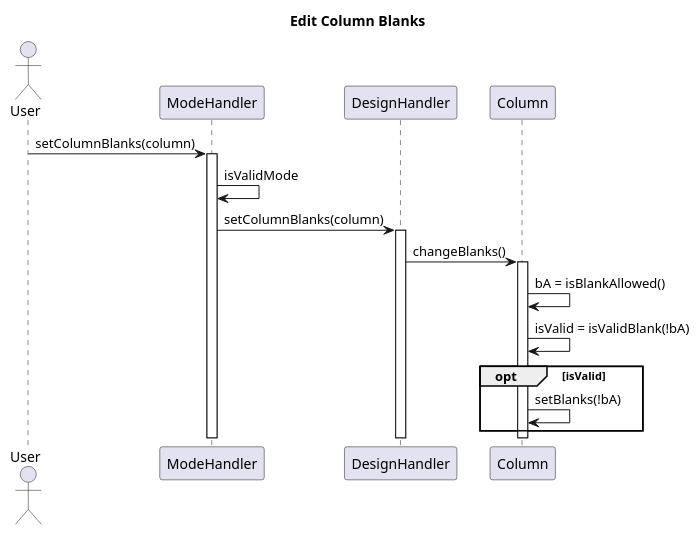
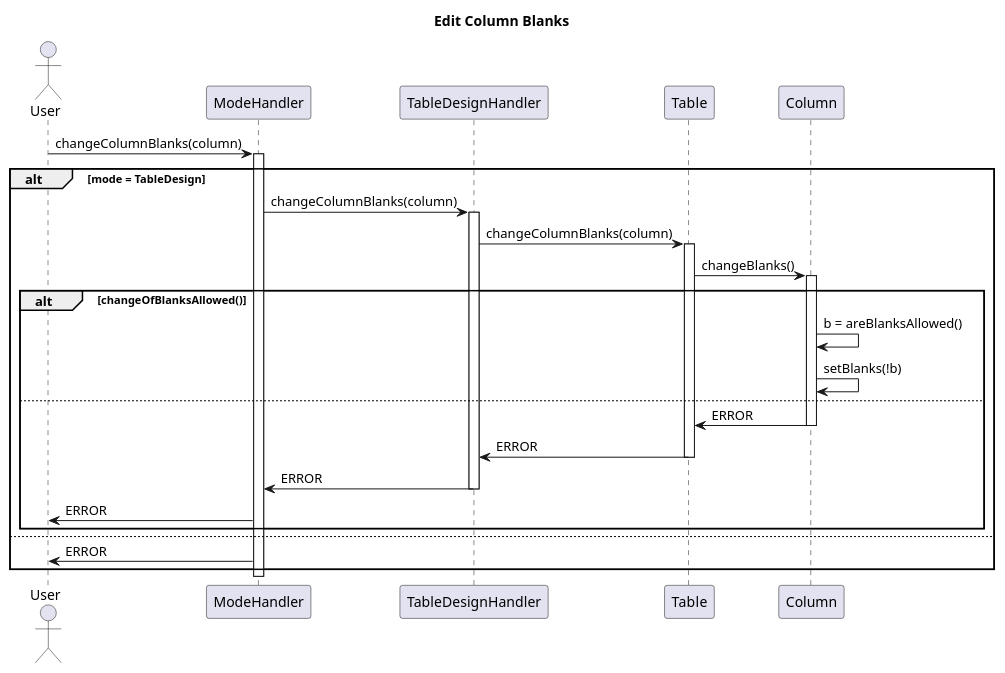
Before and after one commit to Bhamoss/softwareOntwerpProject: the diagram in diagrams/interactionDiagrams/editColumnBlanks.puml, drawn with PlantUML. The commit also changed 5 other files, not shown here.

Commit message:
correction of interactionDiagrams of edit column characteristics

```diff
--- a/diagrams/interactionDiagrams/editColumnBlanks.puml
+++ b/diagrams/interactionDiagrams/editColumnBlanks.puml
@@ -1,27 +1,33 @@
 @startuml
 title Edit Column Blanks
 Actor User
 
-
-    User -> ModeHandler: setColumnBlanks(column)
-    activate ModeHandler
-    ModeHandler -> ModeHandler: isValidMode
-    ModeHandler -> DesignHandler: setColumnBlanks(column)
-    activate DesignHandler
-    DesignHandler -> Column: changeBlanks()
+User -> ModeHandler: changeColumnBlanks(column)
+activate ModeHandler
+alt mode = TableDesign
+    ModeHandler -> TableDesignHandler: changeColumnBlanks(column)
+    activate TableDesignHandler
+    TableDesignHandler -> Table: changeColumnBlanks(column)
+    activate Table
+    Table -> Column: changeBlanks()
     activate Column
-    Column -> Column: bA = isBlankAllowed()
-    Column -> Column: isValid = isValidBlank(!bA)
-    opt isValid
-        Column -> Column: setBlanks(!bA)
+    alt changeOfBlanksAllowed()
+        Column -> Column: b = areBlanksAllowed()
+        Column -> Column: setBlanks(!b)
+    else
+        Column -> Table: ERROR
+        deactivate Column
+        Table -> TableDesignHandler: ERROR
+        deactivate Table
+        TableDesignHandler -> ModeHandler: ERROR
+        deactivate TableDesignHandler
+        ModeHandler -> User: ERROR
     end
-
-    deactivate Column
-    deactivate DesignHandler
-    deactivate ModeHandler
-
-
+else
+    ModeHandler -> User: ERROR
+end
+deactivate ModeHandler
 
 
 
 @enduml
```
